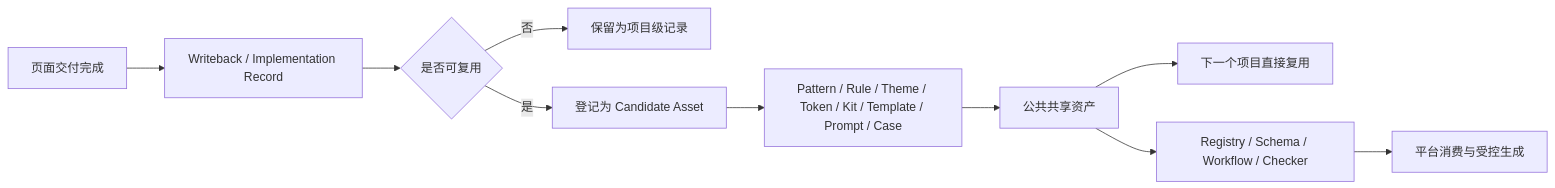
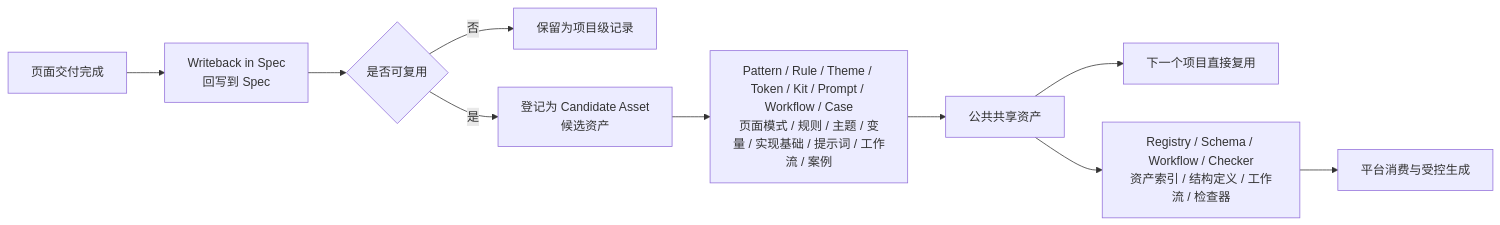
The second of 2 diagrams in docs/assets/README.md (clarence1026/Spec-Driven-Development), drawn with Mermaid before and after one commit. The commit also changed other lines of this file and 16 other files, not shown here.

````diff
--- a/docs/assets/README.md
+++ b/docs/assets/README.md
@@ -35,12 +35,12 @@
 ```mermaid
 flowchart LR
-    A[页面交付完成] --> B[Writeback / Implementation Record]
+    A[页面交付完成] --> B[Writeback in Spec<br/>回写到 Spec]
     B --> C{是否可复用}
     C -->|否| D[保留为项目级记录]
-    C -->|是| E[登记为 Candidate Asset]
-    E --> F[Pattern / Rule / Theme / Token / Kit / Template / Prompt / Case]
+    C -->|是| E[登记为 Candidate Asset<br/>候选资产]
+    E --> F[Pattern / Rule / Theme / Token / Kit / Prompt / Workflow / Case<br/>页面模式 / 规则 / 主题 / 变量 / 实现基础 / 提示词 / 工作流 / 案例]
     F --> G[公共共享资产]
     G --> H[下一个项目直接复用]
-    G --> I[Registry / Schema / Workflow / Checker]
+    G --> I[Registry / Schema / Workflow / Checker<br/>资产索引 / 结构定义 / 工作流 / 检查器]
     I --> J[平台消费与受控生成]
 ```
````
